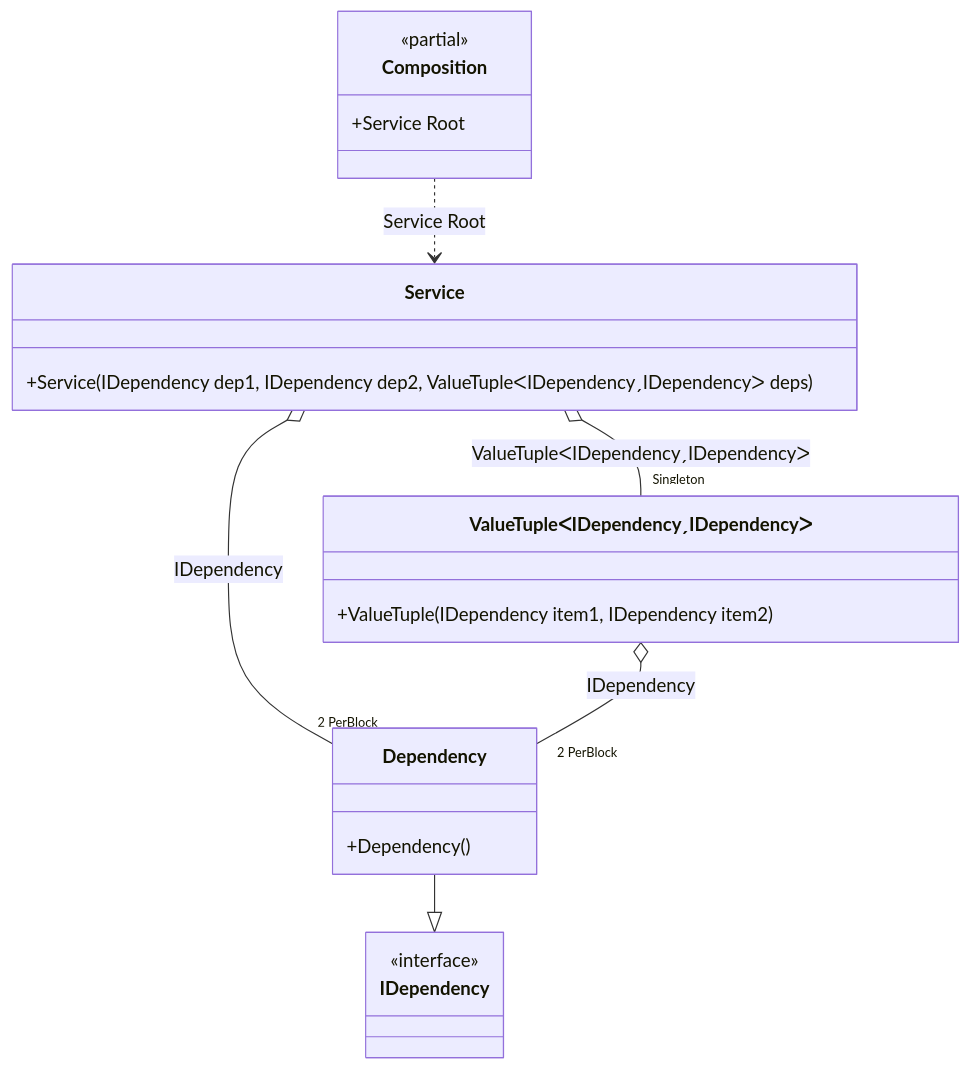
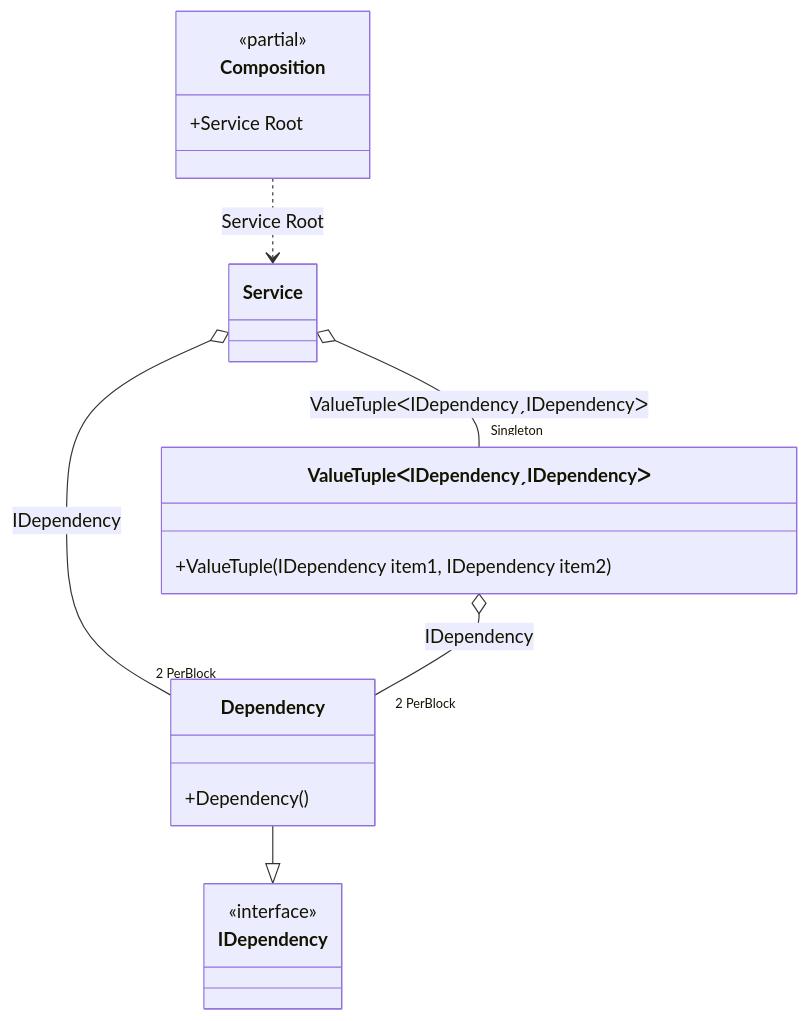
Before and after one commit to DevTeam/Pure.DI: the diagram in readme/perblock.md, drawn with Mermaid. The commit also changed 92 other files, not shown here.

````diff
--- a/readme/perblock.md
+++ b/readme/perblock.md
@@ -99,24 +99,21 @@
 ```mermaid
 classDiagram
 	class Composition {
 		<<partial>>
 		+Service Root
-	}
-	class Service {
-		+Service(IDependency dep1, IDependency dep2, ValueTupleᐸIDependencyˏIDependencyᐳ deps)
 	}
 	Dependency --|> IDependency
 	class Dependency {
 		+Dependency()
 	}
 	class ValueTupleᐸIDependencyˏIDependencyᐳ {
 		+ValueTuple(IDependency item1, IDependency item2)
 	}
 	class IDependency {
 		<<interface>>
 	}
+	Composition ..> Service : Service Root
 	Service o-- "2 PerBlock" Dependency : IDependency
 	Service o-- "Singleton" ValueTupleᐸIDependencyˏIDependencyᐳ : ValueTupleᐸIDependencyˏIDependencyᐳ
-	Composition ..> Service : Service Root
 	ValueTupleᐸIDependencyˏIDependencyᐳ o-- "2 PerBlock" Dependency : IDependency
 ```
````
